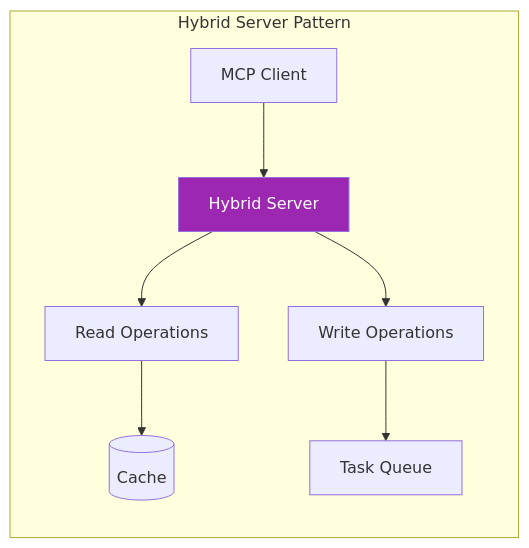
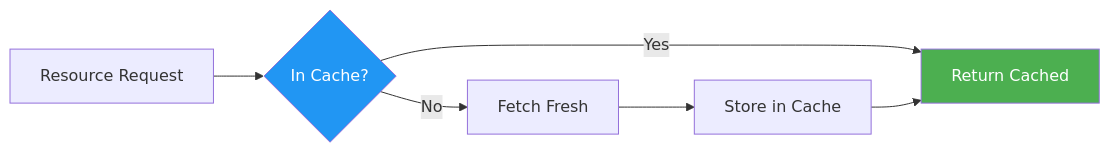
Before and after one commit to felipepimentel/my-public-notes: diagram 16 of 39 in AI/Comunicação/MCP/00-mcp-presentation-zero to hero.md, drawn with Mermaid. The commit also changed other lines of this file, not shown here.

````diff
--- a/AI/Comunicação/MCP/00-mcp-presentation-zero to hero.md
+++ b/AI/Comunicação/MCP/00-mcp-presentation-zero to hero.md
@@ -514,14 +485,11 @@
 ```mermaid
 graph LR
-    subgraph "Hybrid Server Pattern"
-        CLIENT[MCP Client] --> SERVER[Hybrid Server]
-        
-        SERVER --> READ[Read Operations]
-        SERVER --> WRITE[Write Operations]
-        
-        READ --> CACHE[(Cache)]
-        WRITE --> QUEUE[Task Queue]
-    end
+    REQUEST[Resource Request] --> CACHE{In Cache?}
+    CACHE -->|Yes| RETURN[Return Cached]
+    CACHE -->|No| FETCH[Fetch Fresh]
+    FETCH --> STORE[Store in Cache]
+    STORE --> RETURN
     
-    style SERVER fill:#9c27b0,color:#fff
+    style CACHE fill:#2196F3,color:#fff
+    style RETURN fill:#4CAF50,color:#fff
 ```
````
